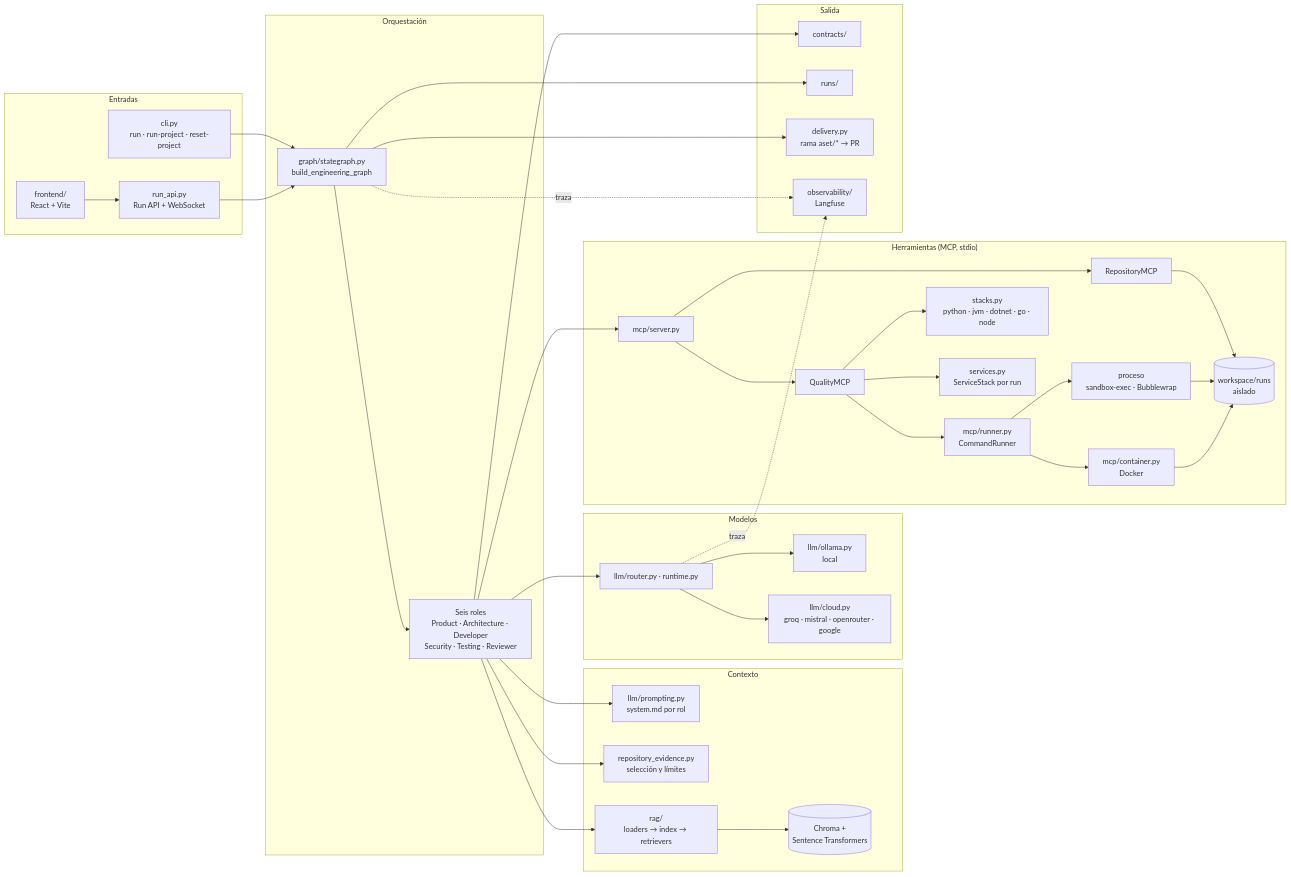
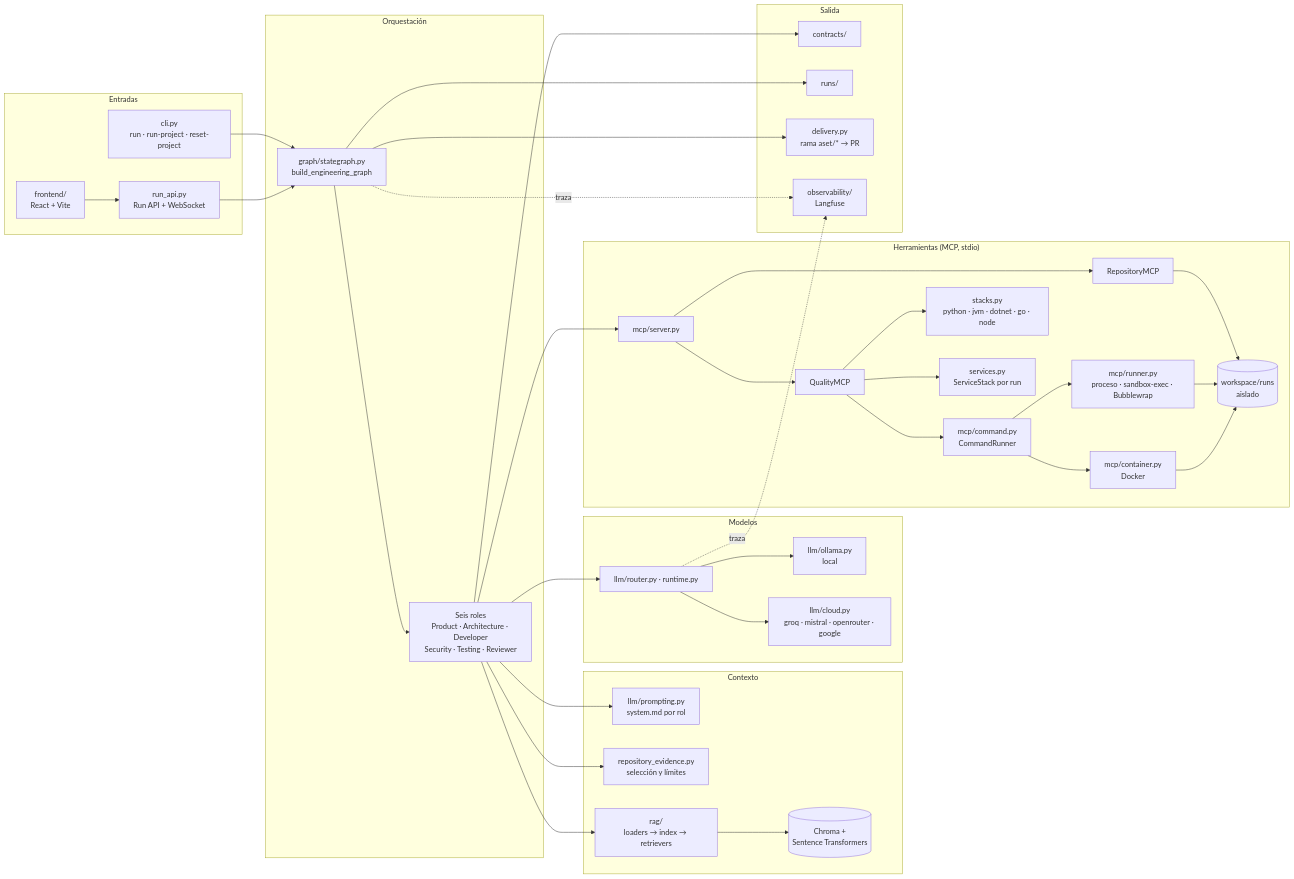
Before and after one commit to full-stack-dev-johncastrosanabria/MultiAgent-Software-Engineering-Team.: the first of 2 diagrams in docs/architecture/overview.md, drawn with Mermaid. The commit also changed other lines of this file and 4 other files, not shown here.

First line of the commit message:
refactor(mcp): give the runner contract a module of its own

````diff
--- a/docs/architecture/overview.md
+++ b/docs/architecture/overview.md
@@ -9,73 +9,73 @@
 ```mermaid
 flowchart LR
   subgraph EN["Entradas"]
     CLI["cli.py<br/>run · run-project · reset-project"]
     API["run_api.py<br/>Run API + WebSocket"]
     FE["frontend/<br/>React + Vite"]
   end
 
   subgraph OR["Orquestación"]
     G["graph/stategraph.py<br/>build_engineering_graph"]
     AG["Seis roles<br/>Product · Architecture · Developer<br/>Security · Testing · Reviewer"]
   end
 
   subgraph CX["Contexto"]
     PR["llm/prompting.py<br/>system.md por rol"]
     RE["repository_evidence.py<br/>selección y límites"]
     RAG["rag/<br/>loaders → index → retrievers"]
     CH[("Chroma +<br/>Sentence Transformers")]
   end
 
   subgraph MO["Modelos"]
     RT["llm/router.py · runtime.py"]
     OL["llm/ollama.py<br/>local"]
     CL["llm/cloud.py<br/>groq · mistral · openrouter · google"]
   end
 
   subgraph TO["Herramientas (MCP, stdio)"]
     SRV["mcp/server.py"]
     RMCP["RepositoryMCP"]
     QMCP["QualityMCP"]
-    RUN["mcp/runner.py<br/>CommandRunner"]
-    PROC["proceso<br/>sandbox-exec · Bubblewrap"]
+    CMD["mcp/command.py<br/>CommandRunner"]
+    RUN["mcp/runner.py<br/>proceso · sandbox-exec · Bubblewrap"]
     CONT["mcp/container.py<br/>Docker"]
     SP["stacks.py<br/>python · jvm · dotnet · go · node"]
     SVC["services.py<br/>ServiceStack por run"]
     WS[("workspace/runs<br/>aislado")]
   end
 
   subgraph SA["Salida"]
     CT["contracts/"]
     RS["runs/"]
     DL["delivery.py<br/>rama aset/* → PR"]
     LF["observability/<br/>Langfuse"]
   end
 
   CLI --> G
   API --> G
   FE --> API
   G --> AG
   AG --> PR
   AG --> RE
   AG --> RAG
   RAG --> CH
   AG --> RT
   RT --> OL
   RT --> CL
   AG --> SRV
   SRV --> RMCP
   SRV --> QMCP
   QMCP --> SP
-  QMCP --> RUN
+  QMCP --> CMD
   QMCP --> SVC
-  RUN --> PROC
-  RUN --> CONT
+  CMD --> RUN
+  CMD --> CONT
   RMCP --> WS
-  PROC --> WS
+  RUN --> WS
   CONT --> WS
   AG --> CT
   G --> RS
   G --> DL
   G -.traza.-> LF
   RT -.traza.-> LF
 ```
````
